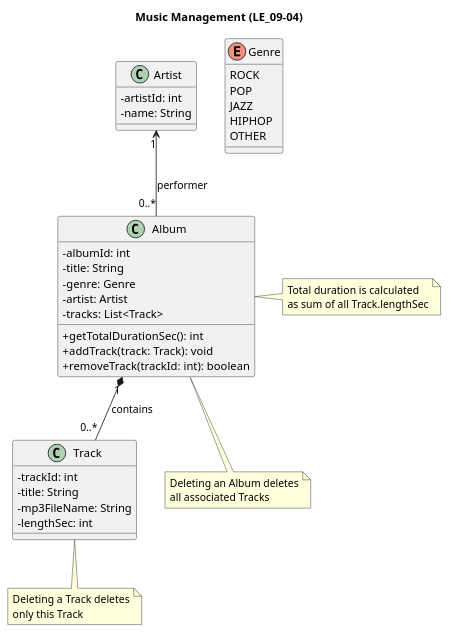
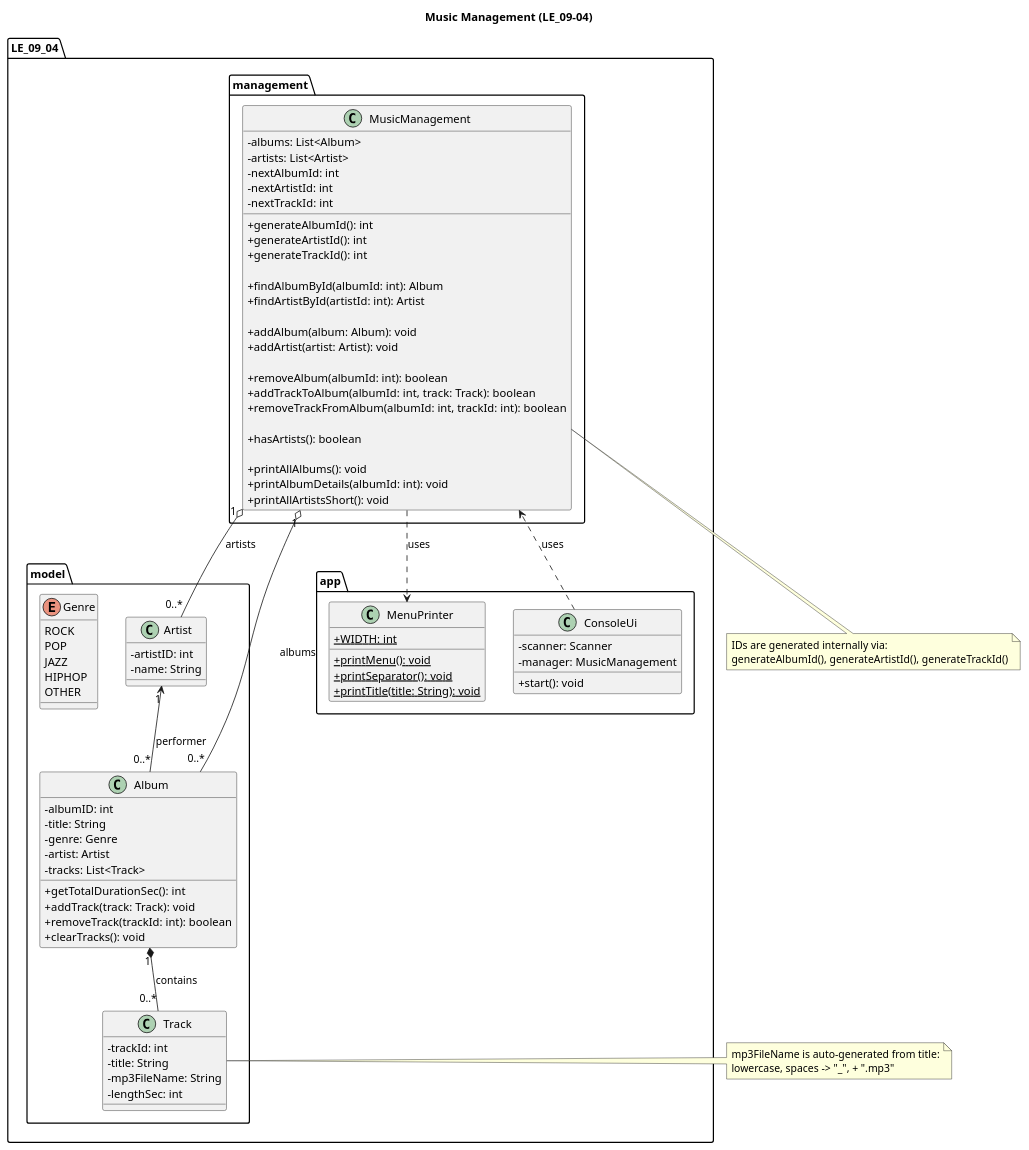
Before and after one commit to KaterynaSavelieva/JAVA: the diagram in Aufgabe/src/LE_09_04/MusicManagement.puml, drawn with PlantUML. The commit also changed 22 other files, not shown here.

```diff
--- a/Aufgabe/src/LE_09_04/MusicManagement.puml
+++ b/Aufgabe/src/LE_09_04/MusicManagement.puml
@@ -1,53 +1,106 @@
 @startuml
 skinparam classAttributeIconSize 0
 title Music Management (LE_09-04)
 
-class Artist {
-  -artistId: int
-  -name: String
+package "LE_09_04.model" {
+  class Artist {
+    -artistID: int
+    -name: String
+  }
+
+  enum Genre {
+    ROCK
+    POP
+    JAZZ
+    HIPHOP
+    OTHER
+  }
+
+  class Album {
+    -albumID: int
+    -title: String
+    -genre: Genre
+    -artist: Artist
+    -tracks: List<Track>
+    +getTotalDurationSec(): int
+    +addTrack(track: Track): void
+    +removeTrack(trackId: int): boolean
+    +clearTracks(): void
+  }
+
+  class Track {
+    -trackId: int
+    -title: String
+    -mp3FileName: String
+    -lengthSec: int
+  }
 }
 
-enum Genre {
-  ROCK
-  POP
-  JAZZ
-  HIPHOP
-  OTHER
+package "LE_09_04.management" {
+  class MusicManagement {
+    -albums: List<Album>
+    -artists: List<Artist>
+    -nextAlbumId: int
+    -nextArtistId: int
+    -nextTrackId: int
+
+    +generateAlbumId(): int
+    +generateArtistId(): int
+    +generateTrackId(): int
+
+    +findAlbumById(albumId: int): Album
+    +findArtistById(artistId: int): Artist
+
+    +addAlbum(album: Album): void
+    +addArtist(artist: Artist): void
+
+    +removeAlbum(albumId: int): boolean
+    +addTrackToAlbum(albumId: int, track: Track): boolean
+    +removeTrackFromAlbum(albumId: int, trackId: int): boolean
+
+    +hasArtists(): boolean
+
+    +printAllAlbums(): void
+    +printAlbumDetails(albumId: int): void
+    +printAllArtistsShort(): void
+  }
 }
 
-class Album {
-  -albumId: int
-  -title: String
-  -genre: Genre
-  -artist: Artist
-  -tracks: List<Track>
-  +getTotalDurationSec(): int
-  +addTrack(track: Track): void
-  +removeTrack(trackId: int): boolean
+package "LE_09_04.app" {
+  class MenuPrinter {
+    {static} +WIDTH: int
+    {static} +printMenu(): void
+    {static} +printSeparator(): void
+    {static} +printTitle(title: String): void
+  }
+
+  class ConsoleUi {
+    -scanner: Scanner
+    -manager: MusicManagement
+    +start(): void
+  }
 }
 
-class Track {
-  -trackId: int
-  -title: String
-  -mp3FileName: String
-  -lengthSec: int
-}
+' ===== Associations (domain) =====
+Artist "1" <-- "0..*" Album : performer
+Album  "1" *-- "0..*" Track : contains
 
-Artist "1" <-- "0..*" Album : performer
-Album "1" *-- "0..*" Track : contains
+' ===== Management contains lists =====
+MusicManagement "1" o-- "0..*" Album  : albums
+MusicManagement "1" o-- "0..*" Artist : artists
 
-note right of Album
-Total duration is calculated
-as sum of all Track.lengthSec
+' ===== Dependencies (printing / ui) =====
+MusicManagement ..> MenuPrinter : uses
+ConsoleUi ..> MusicManagement : uses
+
+note right of Track
+mp3FileName is auto-generated from title:
+lowercase, spaces -> "_", + ".mp3"
 end note
 
-note bottom of Album
-Deleting an Album deletes
-all associated Tracks
+note bottom of MusicManagement
+IDs are generated internally via:
+generateAlbumId(), generateArtistId(), generateTrackId()
 end note
 
-note bottom of Track
-Deleting a Track deletes
-only this Track
-end note
 @enduml
```
